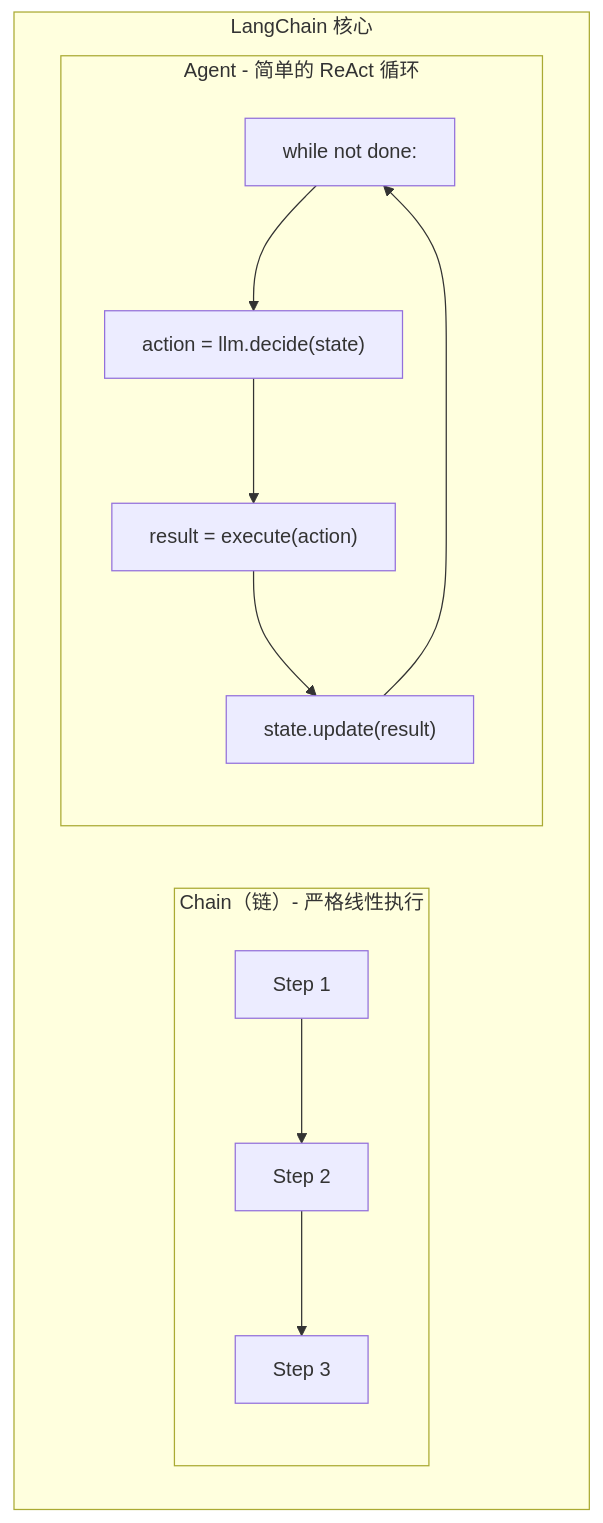
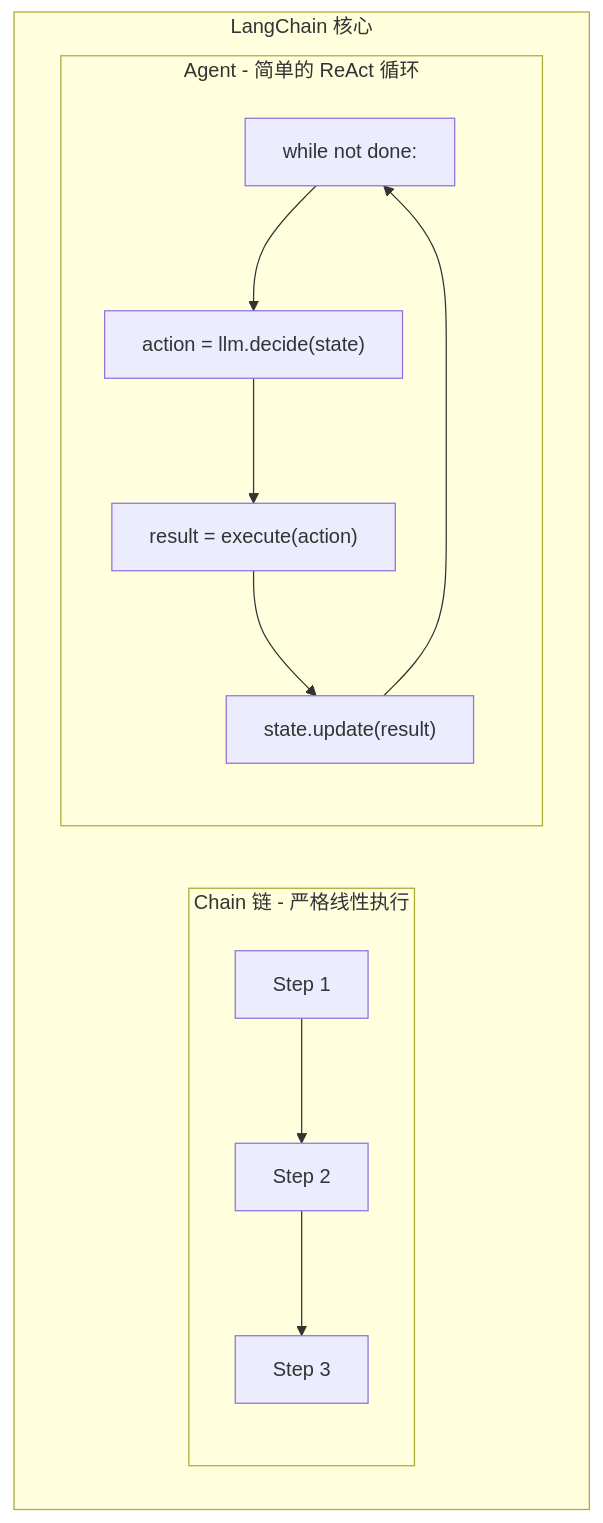
Before and after one commit to jpixy/jpixy.github.io: the second of 8 diagrams in content/articles/ai/ai-08-LangGraph详解.md, drawn with Mermaid. The commit also changed other lines of this file and 66 other files, not shown here.

Commit message:
fix: resolve Mermaid syntax errors by removing parentheses in node labels

````diff
--- a/content/articles/ai/ai-08-LangGraph详解.md
+++ b/content/articles/ai/ai-08-LangGraph详解.md
@@ -80,15 +80,15 @@
 ```mermaid
 graph TB
     subgraph LangChainCore["LangChain 核心"]
-        subgraph Chain["Chain（链）- 严格线性执行"]
+        subgraph Chain["Chain 链 - 严格线性执行"]
             S1[Step 1] --> S2[Step 2] --> S3[Step 3]
         end
         
         subgraph Agent["Agent - 简单的 ReAct 循环"]
             A1["while not done:"] --> A2["action = llm.decide(state)"]
             A2 --> A3["result = execute(action)"]
             A3 --> A4["state.update(result)"]
             A4 --> A1
         end
     end
 ```
````
